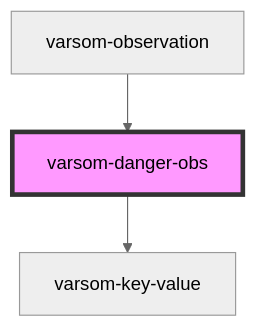
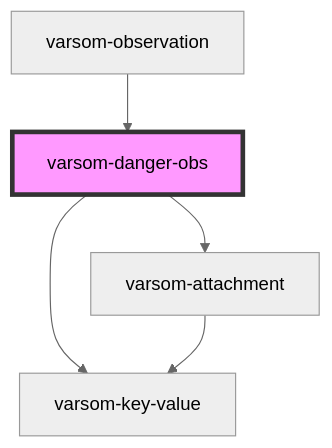
Before and after one commit to NVE/varsom-observation: the diagram in observasjonskort/src/components/varsom-danger-obs/readme.md, drawn with Mermaid (neutral theme). The commit also changed other lines of this file and 34 other files, not shown here.

````diff
--- a/observasjonskort/src/components/varsom-danger-obs/readme.md
+++ b/observasjonskort/src/components/varsom-danger-obs/readme.md
@@ -31,6 +33,8 @@
 ```mermaid
 graph TD;
   varsom-danger-obs --> varsom-key-value
+  varsom-danger-obs --> varsom-attachment
+  varsom-attachment --> varsom-key-value
   varsom-observation --> varsom-danger-obs
   style varsom-danger-obs fill:#f9f,stroke:#333,stroke-width:4px
 ```
````
